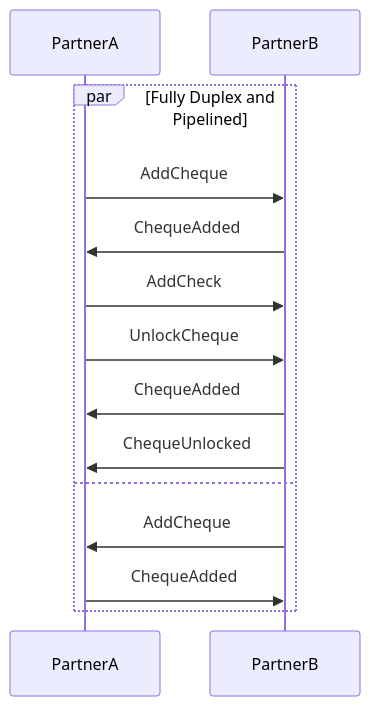
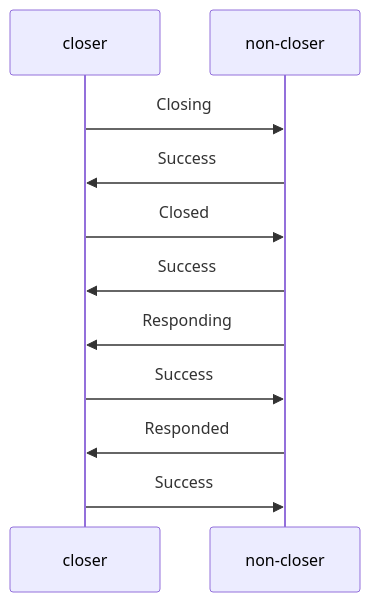
Before and after one commit to cardano-lightning/cardano-lightning: the sixth of 6 diagrams in docs/design/l2-peer-protocol-spec.md, drawn with Mermaid. The commit also changed other lines of this file and 1 other file, not shown here.

````diff
--- a/docs/design/l2-peer-protocol-spec.md
+++ b/docs/design/l2-peer-protocol-spec.md
@@ -472,19 +640,17 @@
 ```mermaid
  sequenceDiagram
-  participant PartnerA
-  participant PartnerB
+  participant closer
+  participant non-closer
 
-  par Fully Duplex and Pipelined
-    PartnerA ->> PartnerB: AddCheque
-    PartnerB ->> PartnerA: ChequeAdded
+  closer ->> non-closer: Closing
+  non-closer ->> closer: Success
 
-    PartnerA ->> PartnerB: AddCheck
-    PartnerA ->> PartnerB: UnlockCheque
+  closer ->> non-closer: Closed
+  non-closer ->> closer: Success
 
-    PartnerB ->> PartnerA: ChequeAdded
-    PartnerB ->> PartnerA: ChequeUnlocked
-  and
-    PartnerB ->> PartnerA: AddCheque
-    PartnerA ->> PartnerB: ChequeAdded
-  end
+  non-closer ->> closer: Responding
+  closer ->> non-closer: Success
+
+  non-closer ->> closer: Responded
+  closer ->> non-closer: Success
 ```
````
